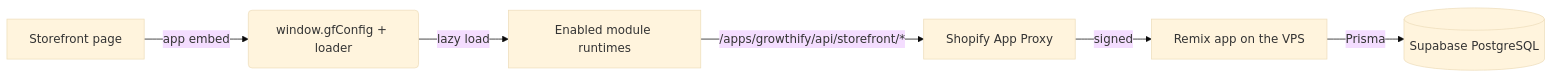
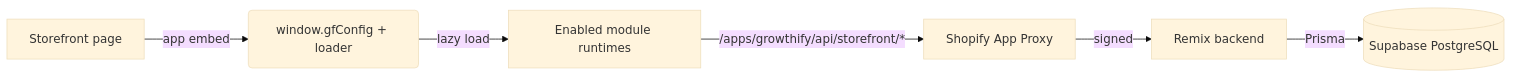
The diagram in docs/getting-started/architecture.md (aoneahsan/all-in-one-shopify-docs), drawn with Mermaid (base theme) before and after one commit. The commit also changed other lines of this file and 24 other files, not shown here.

````diff
--- a/docs/getting-started/architecture.md
+++ b/docs/getting-started/architecture.md
@@ -34,8 +106,8 @@
 ```mermaid
 flowchart LR
   A[Storefront page] -->|app embed| B(window.gfConfig + loader)
   B -->|lazy load| C[Enabled module runtimes]
   C -->|/apps/growthify/api/storefront/*| D[Shopify App Proxy]
-  D -->|signed| E[Remix app on the VPS]
+  D -->|signed| E[Remix backend]
   E -->|Prisma| F[(Supabase PostgreSQL)]
 ```
````
